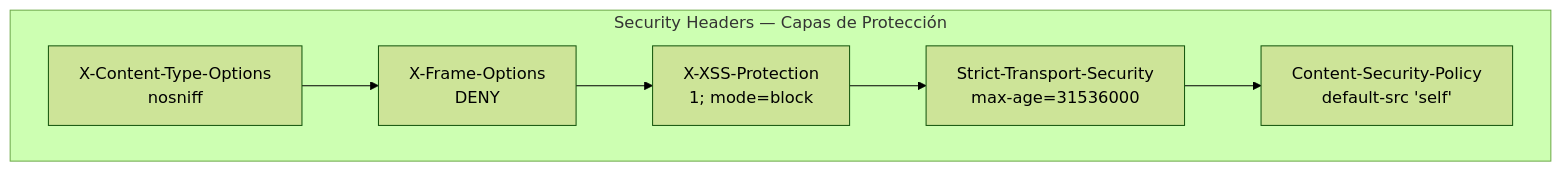
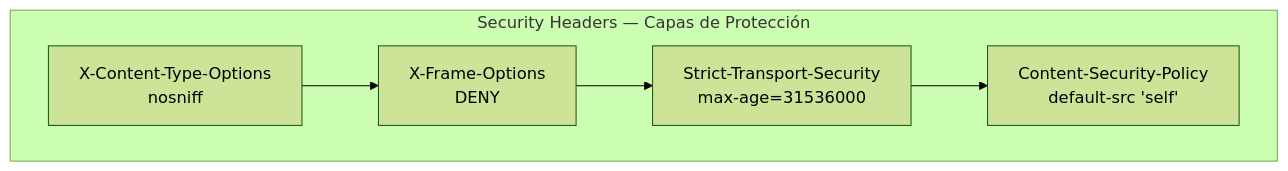
The sixth of 7 diagrams in 24-seguridad.md (joseluisgs/DesarrolloWebEntornosServidor-01-2026-2027), drawn with Mermaid (forest theme) before and after one commit. The commit also changed other lines of this file, not shown here.

Commit message:
docs: retirar X-XSS-Protection obsoleta y librerias abandonadas del tema 24

````diff
--- a/24-seguridad.md
+++ b/24-seguridad.md
@@ -501,10 +501,9 @@
 ```mermaid
 graph TB
     subgraph HEADERS["Security Headers — Capas de Protección"]
         H1["X-Content-Type-Options<br/>nosniff"] --> H2["X-Frame-Options<br/>DENY"]
-        H2 --> H3["X-XSS-Protection<br/>1; mode=block"]
-        H3 --> H4["Strict-Transport-Security<br/>max-age=31536000"]
-        H4 --> H5["Content-Security-Policy<br/>default-src 'self'"]
+        H2 --> H3["Strict-Transport-Security<br/>max-age=31536000"]
+        H3 --> H4["Content-Security-Policy<br/>default-src 'self'"]
     end
 
 ```
````
